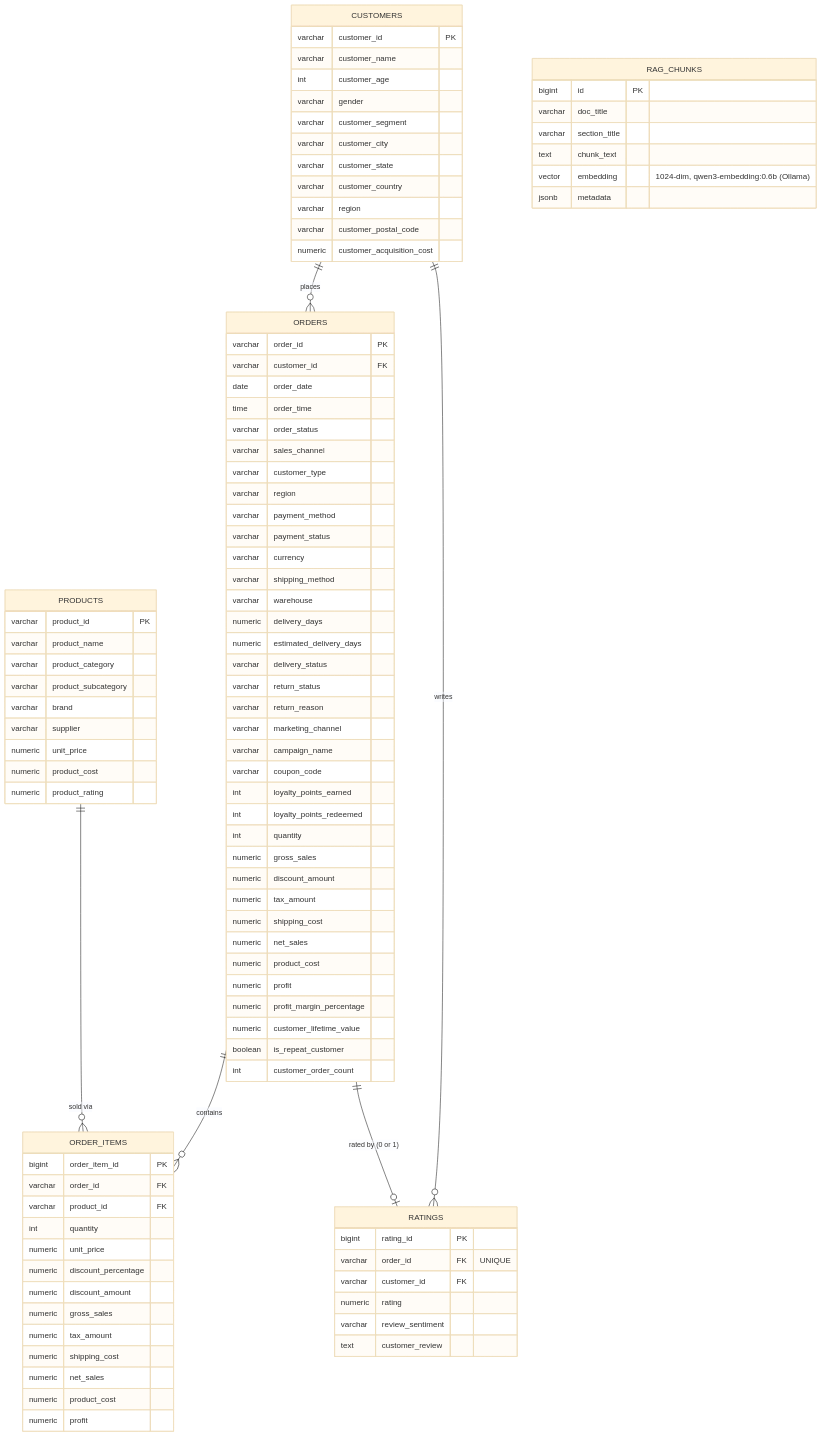
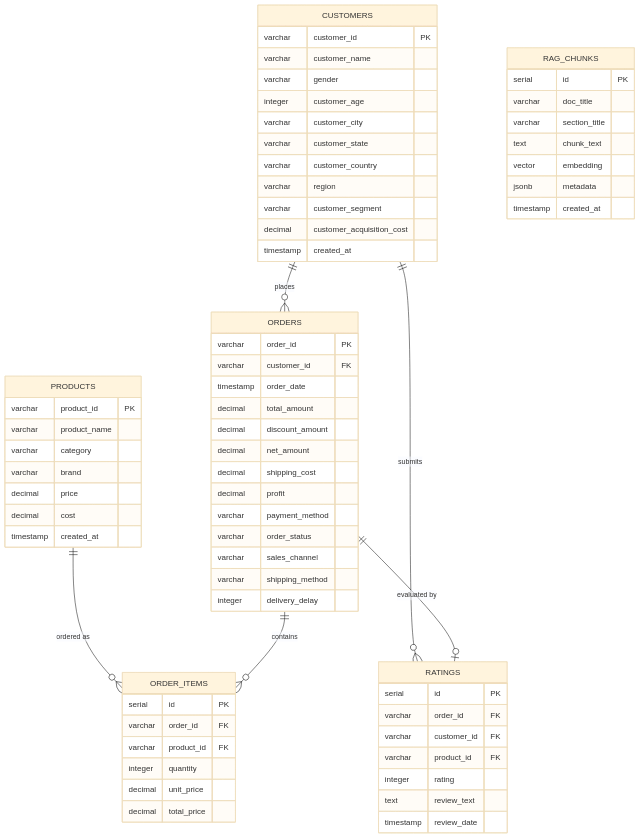
Before and after one commit to ManojDevarajulu/ecommerce-sales-intelligence: the second of 2 diagrams in README.md, drawn with Mermaid (base theme). The commit also changed other lines of this file, not shown here.

````diff
--- a/README.md
+++ b/README.md
@@ -93,106 +251,77 @@
 ```mermaid
 erDiagram
-    CUSTOMERS ||--o{ ORDERS : places
-    CUSTOMERS ||--o{ RATINGS : writes
-    ORDERS    ||--o{ ORDER_ITEMS : contains
-    ORDERS    ||--o| RATINGS : "rated by (0 or 1)"
-    PRODUCTS  ||--o{ ORDER_ITEMS : "sold via"
+    CUSTOMERS ||--o{ ORDERS : "places"
+    CUSTOMERS ||--o{ RATINGS : "submits"
+    PRODUCTS  ||--o{ ORDER_ITEMS : "ordered as"
+    ORDERS    ||--o{ ORDER_ITEMS : "contains"
+    ORDERS    ||--o| RATINGS : "evaluated by"
 
     CUSTOMERS {
         varchar customer_id PK
         varchar customer_name
-        int customer_age
         varchar gender
-        varchar customer_segment
+        integer customer_age
         varchar customer_city
         varchar customer_state
         varchar customer_country
         varchar region
-        varchar customer_postal_code
-        numeric customer_acquisition_cost
+        varchar customer_segment
+        decimal customer_acquisition_cost
+        timestamp created_at
     }
 
     PRODUCTS {
         varchar product_id PK
         varchar product_name
-        varchar product_category
-        varchar product_subcategory
+        varchar category
         varchar brand
-        varchar supplier
-        numeric unit_price
-        numeric product_cost
-        numeric product_rating
+        decimal price
+        decimal cost
+        timestamp created_at
     }
 
     ORDERS {
         varchar order_id PK
         varchar customer_id FK
-        date order_date
-        time order_time
+        timestamp order_date
+        decimal total_amount
+        decimal discount_amount
+        decimal net_amount
+        decimal shipping_cost
+        decimal profit
+        varchar payment_method
         varchar order_status
         varchar sales_channel
-        varchar customer_type
-        varchar region
-        varchar payment_method
-        varchar payment_status
-        varchar currency
         varchar shipping_method
-        varchar warehouse
-        numeric delivery_days
-        numeric estimated_delivery_days
-        varchar delivery_status
-        varchar return_status
-        varchar return_reason
-        varchar marketing_channel
-        varchar campaign_name
-        varchar coupon_code
-        int loyalty_points_earned
-        int loyalty_points_redeemed
-        int quantity
-        numeric gross_sales
-        numeric discount_amount
-        numeric tax_amount
-        numeric shipping_cost
-        numeric net_sales
-        numeric product_cost
-        numeric profit
-        numeric profit_margin_percentage
-        numeric customer_lifetime_value
-        boolean is_repeat_customer
-        int customer_order_count
+        integer delivery_delay
     }
 
     ORDER_ITEMS {
-        bigint order_item_id PK
+        serial id PK
         varchar order_id FK
         varchar product_id FK
-        int quantity
-        numeric unit_price
-        numeric discount_percentage
-        numeric discount_amount
-        numeric gross_sales
-        numeric tax_amount
-        numeric shipping_cost
-        numeric net_sales
-        numeric product_cost
-        numeric profit
+        integer quantity
+        decimal unit_price
+        decimal total_price
     }
 
     RATINGS {
-        bigint rating_id PK
-        varchar order_id FK "UNIQUE"
+        serial id PK
+        varchar order_id FK
         varchar customer_id FK
-        numeric rating
-        varchar review_sentiment
-        text customer_review
+        varchar product_id FK
+        integer rating
+        text review_text
+        timestamp review_date
     }
 
     RAG_CHUNKS {
-        bigint id PK
+        serial id PK
         varchar doc_title
         varchar section_title
         text chunk_text
-        vector embedding "1024-dim, qwen3-embedding:0.6b (Ollama)"
+        vector embedding
         jsonb metadata
+        timestamp created_at
     }
 ```
````
